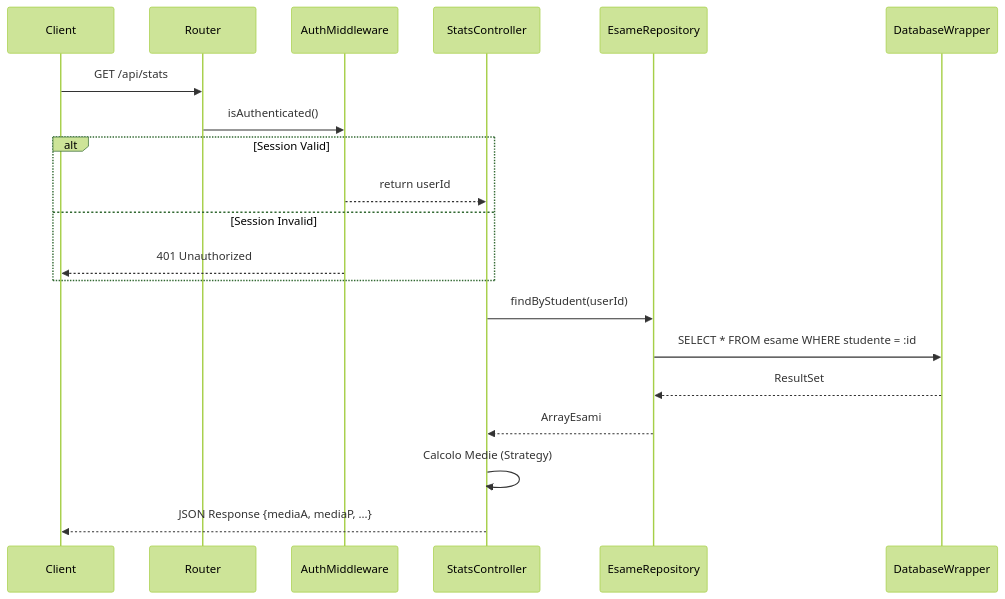
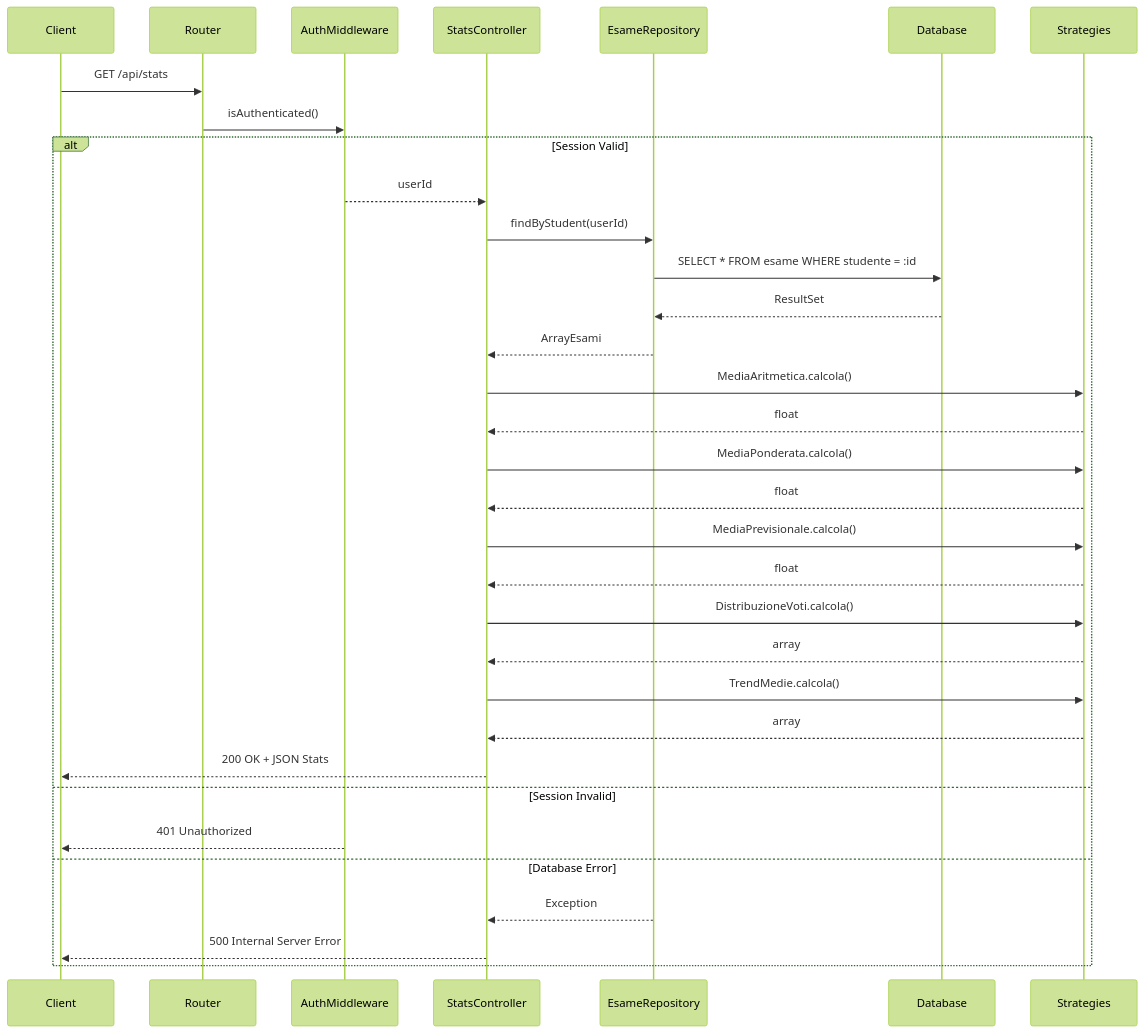
Before and after one commit to frankelfokou/Gestione-esami-universitari: the eighth of 8 diagrams in README.md, drawn with Mermaid (forest theme). The commit also changed other lines of this file, not shown here.

````diff
--- a/README.md
+++ b/README.md
@@ -200,25 +974,39 @@
 ```mermaid
 sequenceDiagram
     participant C as Client
     participant R as Router
     participant M as AuthMiddleware
     participant S as StatsController
     participant Repo as EsameRepository
-    participant DB as DatabaseWrapper
+    participant DB as Database
+    participant Strat as Strategies
 
     C->>R: GET /api/stats
     R->>M: isAuthenticated()
+  
     alt Session Valid
-        M-->>S: return userId
+        M-->>S: userId
+        S->>Repo: findByStudent(userId)
+        Repo->>DB: SELECT * FROM esame WHERE studente = :id
+        DB-->>Repo: ResultSet
+        Repo-->>S: ArrayEsami
+  
+        S->>Strat: MediaAritmetica.calcola()
+        Strat-->>S: float
+        S->>Strat: MediaPonderata.calcola()
+        Strat-->>S: float
+        S->>Strat: MediaPrevisionale.calcola()
+        Strat-->>S: float
+        S->>Strat: DistribuzioneVoti.calcola()
+        Strat-->>S: array
+        S->>Strat: TrendMedie.calcola()
+        Strat-->>S: array
+  
+        S-->>C: 200 OK + JSON Stats
     else Session Invalid
         M-->>C: 401 Unauthorized
+    else Database Error
+        Repo-->>S: Exception
+        S-->>C: 500 Internal Server Error
     end
-  
-    S->>Repo: findByStudent(userId)
-    Repo->>DB: SELECT * FROM esame WHERE studente = :id
-    DB-->>Repo: ResultSet
-    Repo-->>S: ArrayEsami
-  
-    S->>S: Calcolo Medie (Strategy)
-    S-->>C: JSON Response {mediaA, mediaP, ...}
 ```
````
